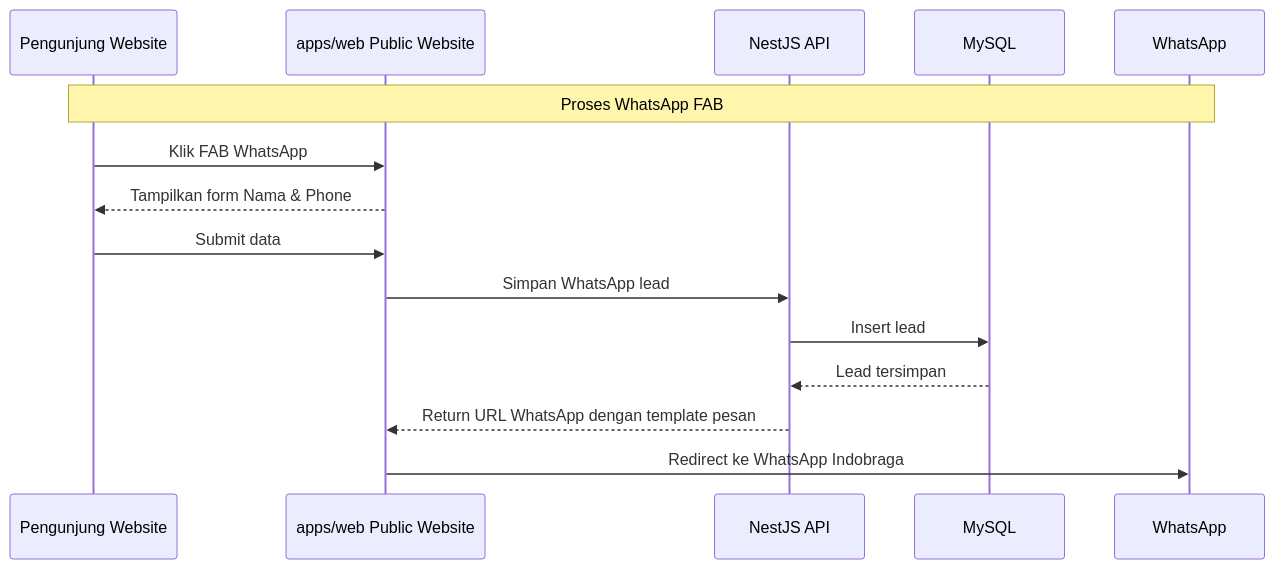
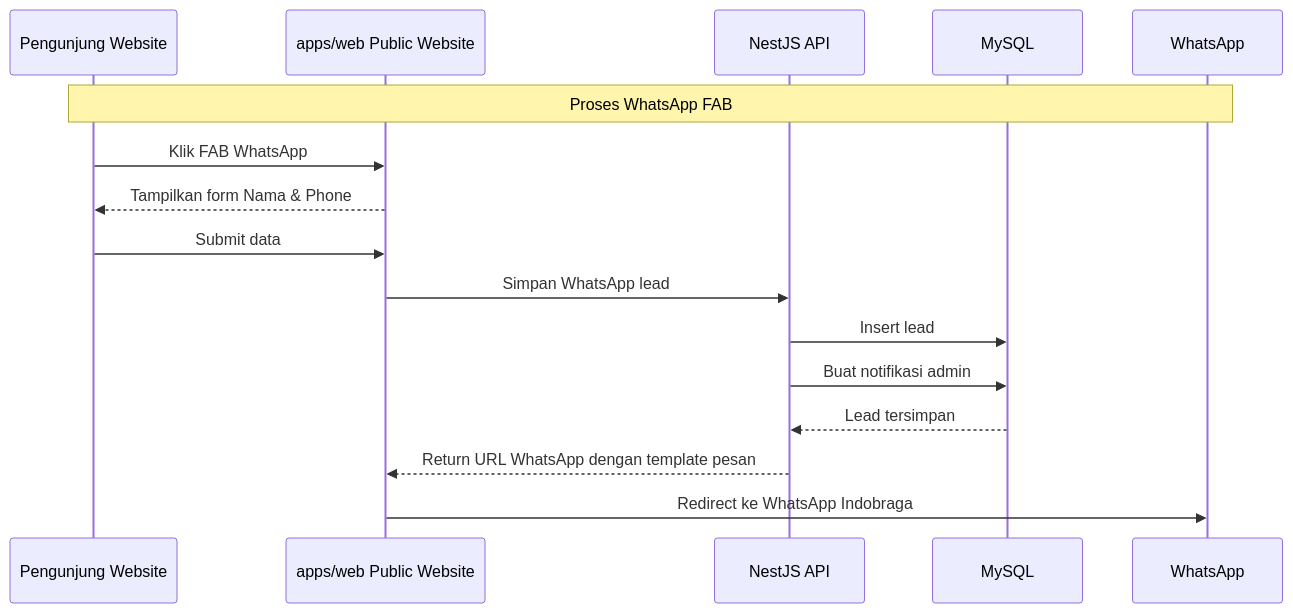
Before and after one commit to AmandaYora/indobraga-company-profile: the third of 6 diagrams in PRD.md, drawn with Mermaid. The commit also changed other lines of this file and 43 other files, not shown here.

````diff
--- a/PRD.md
+++ b/PRD.md
@@ -498,19 +521,20 @@
 ```mermaid
 sequenceDiagram
     participant Visitor as Pengunjung Website
     participant Web as apps/web Public Website
     participant API as NestJS API
     participant DB as MySQL
     participant WA as WhatsApp
 
     Note over Visitor, WA: Proses WhatsApp FAB
 
     Visitor->>Web: Klik FAB WhatsApp
     Web-->>Visitor: Tampilkan form Nama & Phone
     Visitor->>Web: Submit data
     Web->>API: Simpan WhatsApp lead
     API->>DB: Insert lead
+    API->>DB: Buat notifikasi admin
     DB-->>API: Lead tersimpan
     API-->>Web: Return URL WhatsApp dengan template pesan
     Web->>WA: Redirect ke WhatsApp Indobraga
 ```
````
